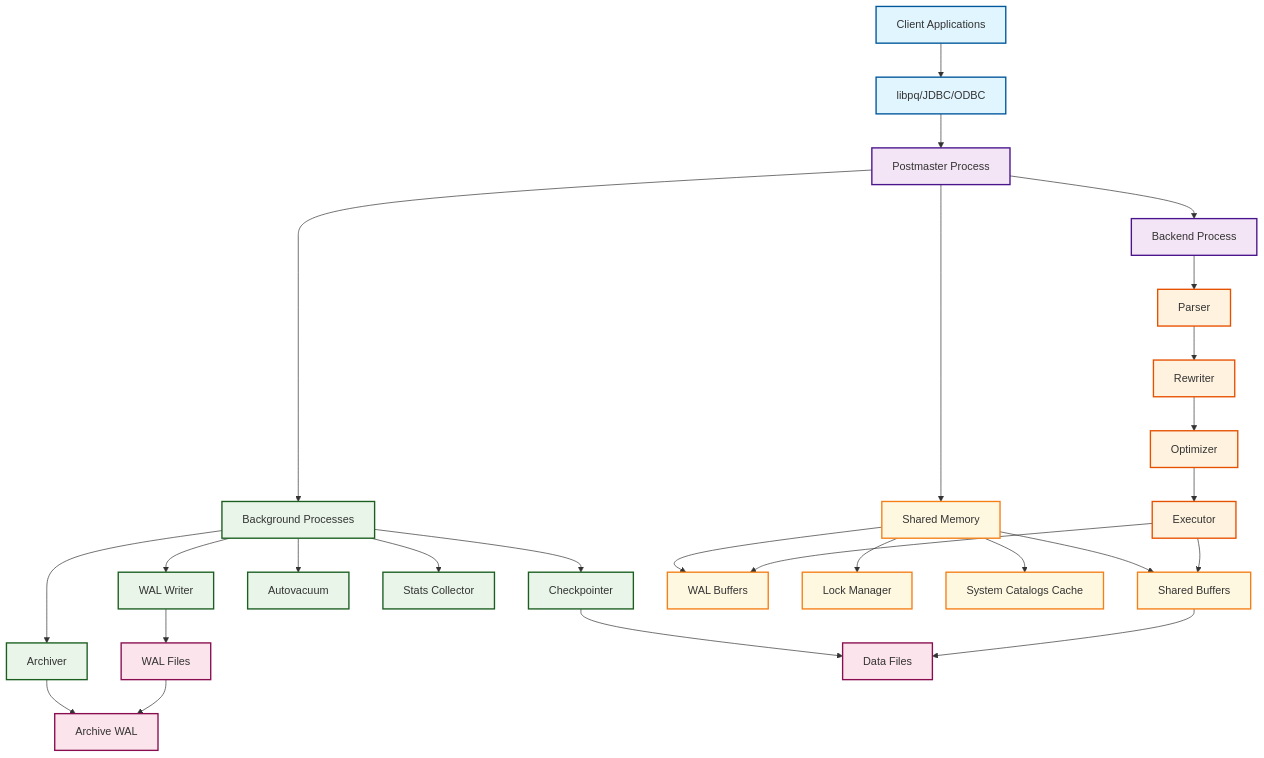
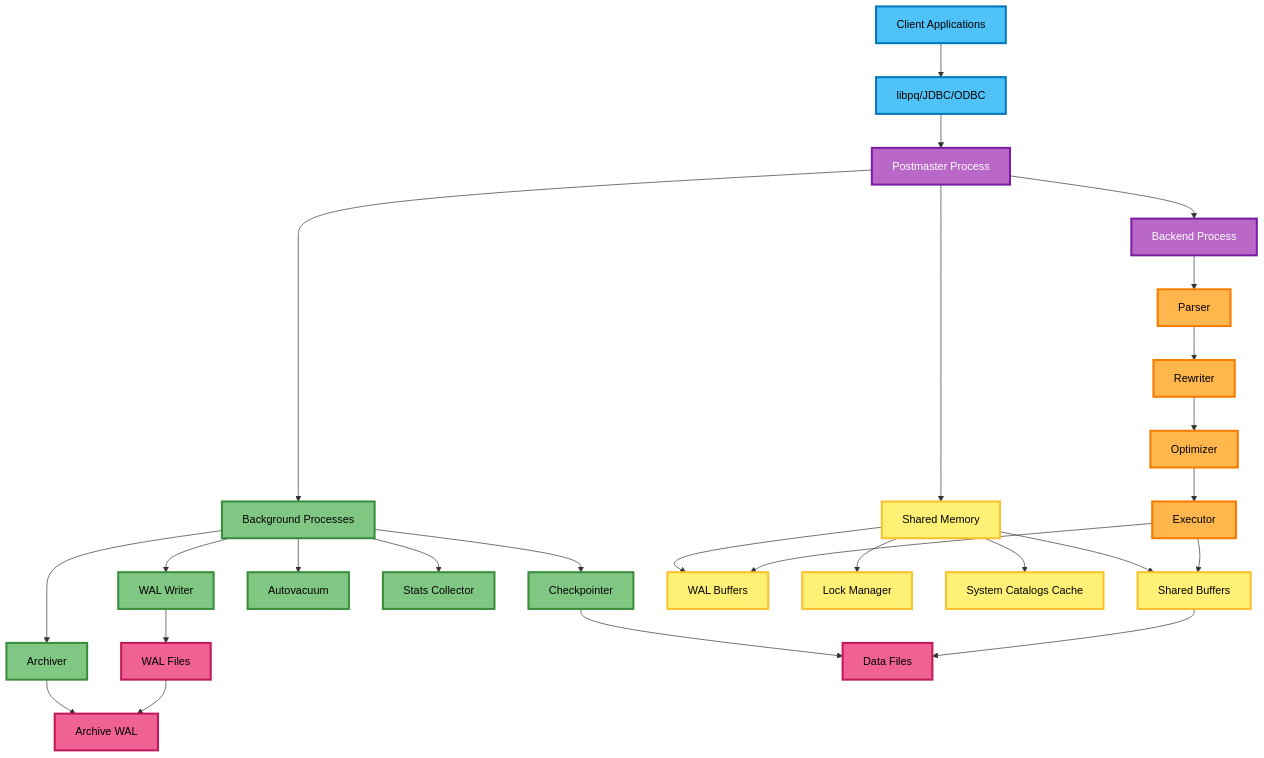
The diagram in postgresql_high_level_architecture.mermaid (kshravi86/postgres), drawn with Mermaid before and after one commit.

```diff
--- a/postgresql_high_level_architecture.mermaid
+++ b/postgresql_high_level_architecture.mermaid
@@ -1,45 +1,45 @@
 graph TD
     A[Client Applications] --> B[libpq/JDBC/ODBC]
     B --> C[Postmaster Process]
     
     C --> D[Backend Process]
     C --> E[Background Processes]
     C --> F[Shared Memory]
     
     D --> G[Parser]
     G --> H[Rewriter]
     H --> I[Optimizer]
     I --> J[Executor]
     
     E --> K[Checkpointer]
     E --> L[WAL Writer]
     E --> M[Autovacuum]
     E --> N[Stats Collector]
     E --> O[Archiver]
     
     F --> P[Shared Buffers]
     F --> Q[WAL Buffers]
     F --> R[Lock Manager]
     F --> S[System Catalogs Cache]
     
     J --> P
     J --> Q
     L --> T[WAL Files]
     K --> U[Data Files]
     P --> U
     O --> V[Archive WAL]
     T --> V
     
-    classDef client fill:#e1f5fe,stroke:#01579b,stroke-width:2px
-    classDef process fill:#f3e5f5,stroke:#4a148c,stroke-width:2px
-    classDef query fill:#fff3e0,stroke:#e65100,stroke-width:2px
-    classDef background fill:#e8f5e8,stroke:#1b5e20,stroke-width:2px
-    classDef memory fill:#fff8e1,stroke:#f57f17,stroke-width:2px
-    classDef storage fill:#fce4ec,stroke:#880e4f,stroke-width:2px
+    classDef client fill:#4fc3f7,stroke:#0277bd,stroke-width:3px,color:#000
+    classDef process fill:#ba68c8,stroke:#7b1fa2,stroke-width:3px,color:#fff
+    classDef query fill:#ffb74d,stroke:#f57c00,stroke-width:3px,color:#000
+    classDef background fill:#81c784,stroke:#388e3c,stroke-width:3px,color:#000
+    classDef memory fill:#fff176,stroke:#fbc02d,stroke-width:3px,color:#000
+    classDef storage fill:#f06292,stroke:#c2185b,stroke-width:3px,color:#000
     
     class A,B client
     class C,D process
     class G,H,I,J query
     class E,K,L,M,N,O background
     class F,P,Q,R,S memory
     class T,U,V storage
```
